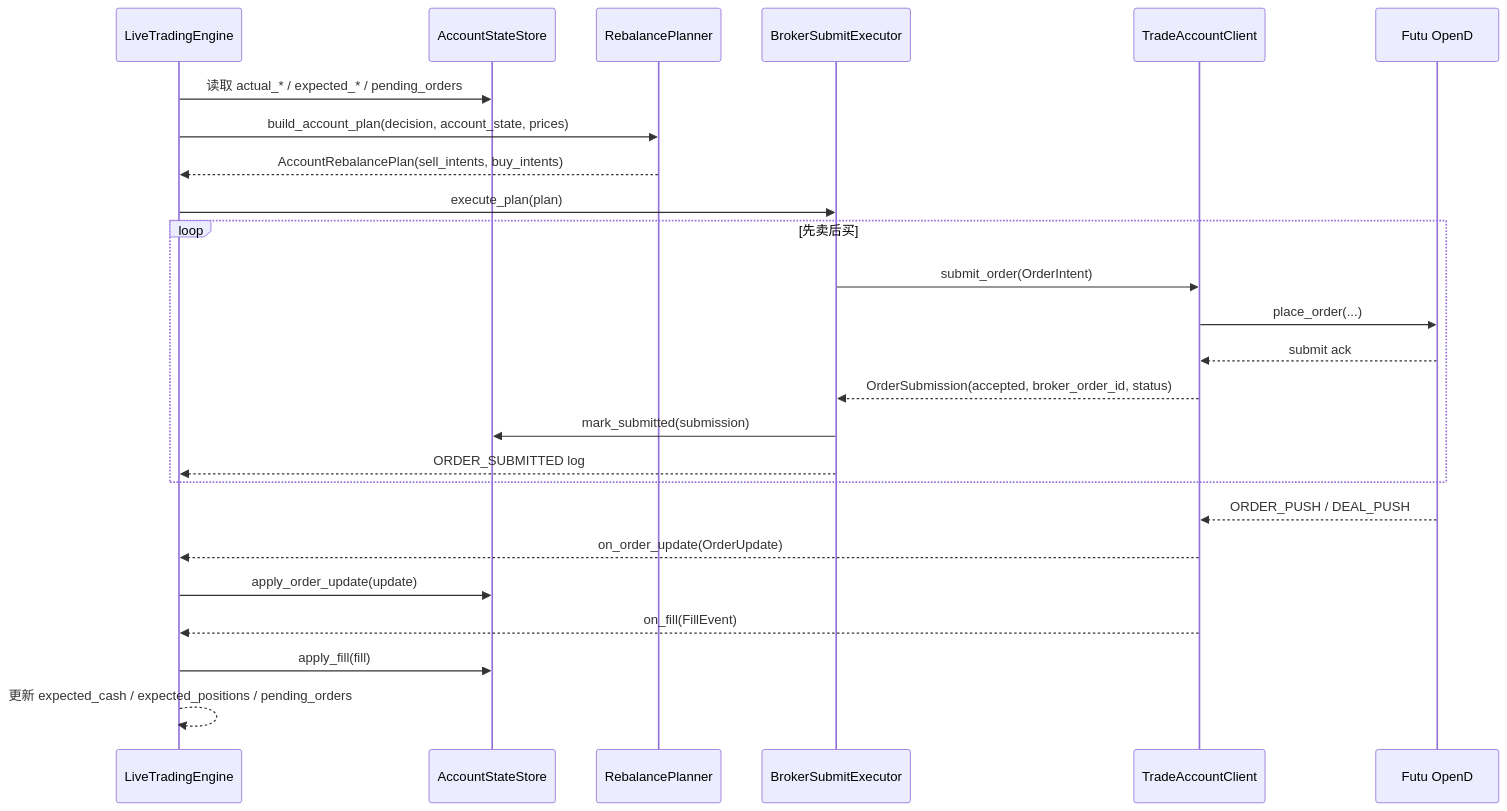
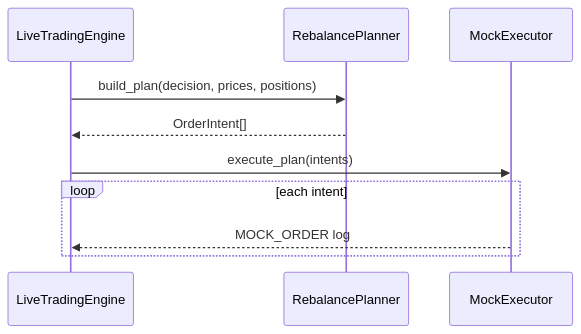
One commit to hangchow/backtest changed the third of 5 diagrams in docs/README_livetrading_real_order_plan.md. Above: the diagram before and after it, drawn with Mermaid. The commit also changed other lines of this file, not shown here.

Commit message:
docs: update livetrading order execution plan

````diff
--- a/docs/README_livetrading_real_order_plan.md
+++ b/docs/README_livetrading_real_order_plan.md
@@ -490,30 +406,13 @@
 ```mermaid
 sequenceDiagram
     participant ENG as LiveTradingEngine
-    participant STORE as AccountStateStore
     participant PLAN as RebalancePlanner
-    participant EXEC as BrokerSubmitExecutor
-    participant TAC as TradeAccountClient
-    participant FUTU as Futu OpenD
+    participant EXE as MockExecutor
 
-    ENG->>STORE: 读取 actual_* / expected_* / pending_orders
-    ENG->>PLAN: build_account_plan(decision, account_state, prices)
-    PLAN-->>ENG: AccountRebalancePlan(sell_intents, buy_intents)
-
-    ENG->>EXEC: execute_plan(plan)
-    loop 先卖后买
-        EXEC->>TAC: submit_order(OrderIntent)
-        TAC->>FUTU: place_order(...)
-        FUTU-->>TAC: submit ack
-        TAC-->>EXEC: OrderSubmission(accepted, broker_order_id, status)
-        EXEC->>STORE: mark_submitted(submission)
-        EXEC-->>ENG: ORDER_SUBMITTED log
+    ENG->>PLAN: build_plan(decision, prices, positions)
+    PLAN-->>ENG: OrderIntent[]
+    ENG->>EXE: execute_plan(intents)
+    loop each intent
+        EXE-->>ENG: MOCK_ORDER log
     end
-
-    FUTU-->>TAC: ORDER_PUSH / DEAL_PUSH
-    TAC-->>ENG: on_order_update(OrderUpdate)
-    ENG->>STORE: apply_order_update(update)
-    TAC-->>ENG: on_fill(FillEvent)
-    ENG->>STORE: apply_fill(fill)
-    ENG-->>ENG: 更新 expected_cash / expected_positions / pending_orders
 ```
````
